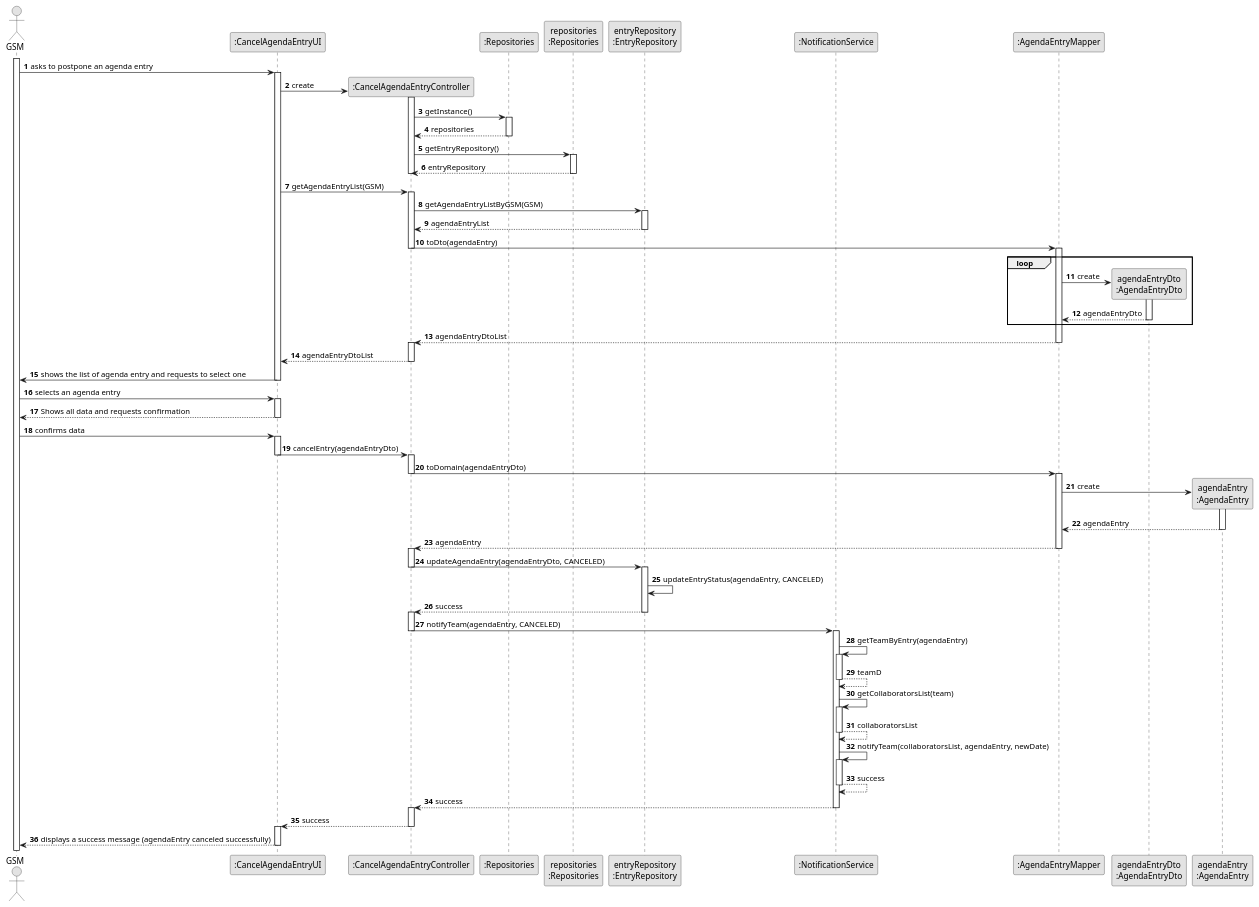
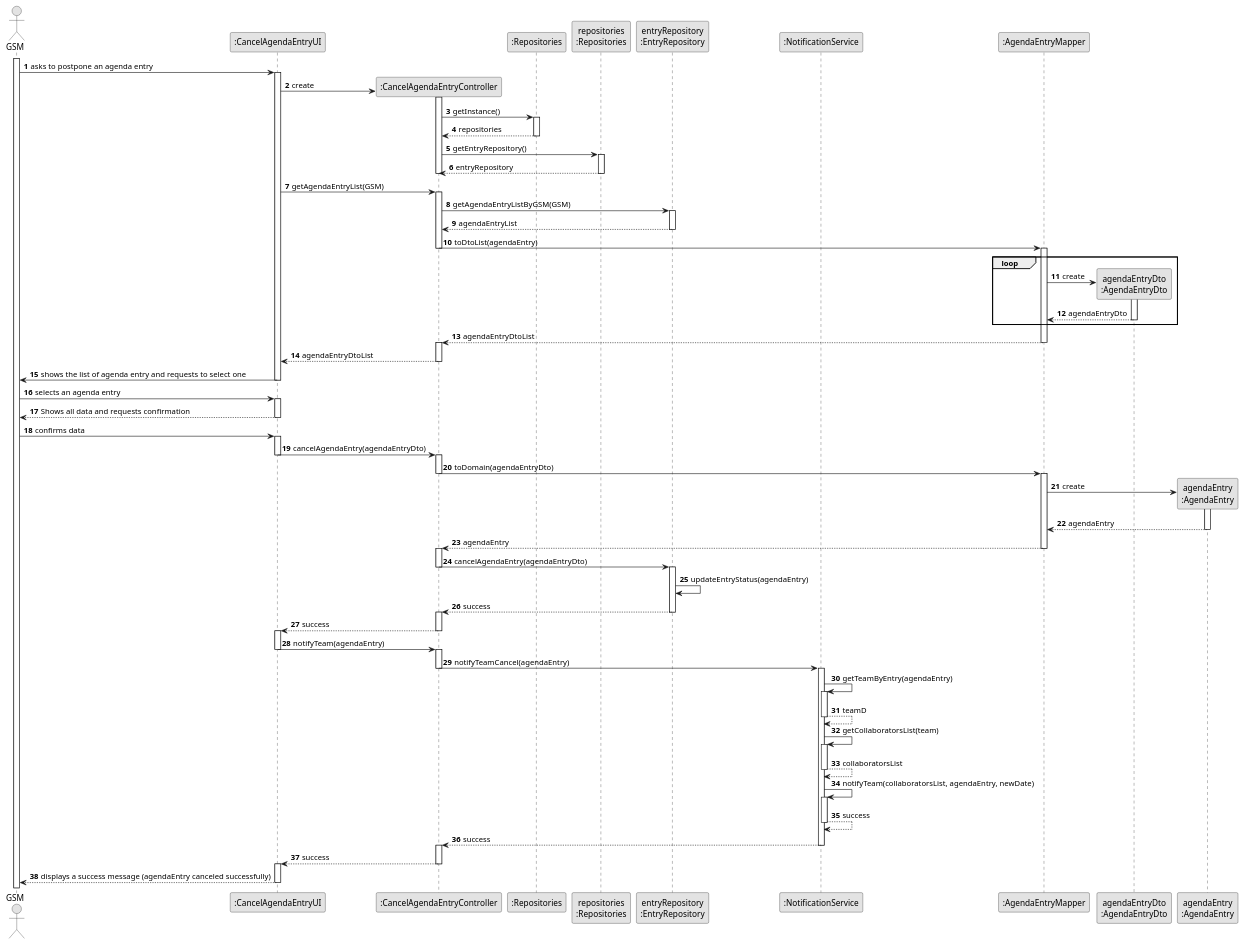
One commit to ricardomm7/leaflink changed the diagram in docs/sprintC/us025/03.design/puml/us025-sequence-diagram-full.puml. Above: the diagram before and after it, drawn with PlantUML. The commit also changed 4 other files, not shown here.

```diff
--- a/docs/sprintC/us025/03.design/puml/us025-sequence-diagram-full.puml
+++ b/docs/sprintC/us025/03.design/puml/us025-sequence-diagram-full.puml
@@ -1,146 +1,157 @@
 @startuml
 skinparam monochrome true
 skinparam packageStyle rectangle
 skinparam shadowing false
 
 autonumber
 
 actor "GSM" as GSM
 participant ":CancelAgendaEntryUI" as UI
 participant ":CancelAgendaEntryController" as CTRL
 participant ":Repositories" as RepositorySingleton
 participant "repositories\n:Repositories" as PLAT
 participant "entryRepository\n:EntryRepository" as EntryRepo
 participant ":NotificationService" as NotificationService
 participant ":AgendaEntryMapper" as AgendaEntryMapper
 participant "agendaEntryDto\n:AgendaEntryDto" as AgendaEntryDto
 participant "agendaEntry\n:AgendaEntry" as AgendaEntry
 
 
 
 activate GSM
 
     GSM -> UI : asks to postpone an agenda entry
     activate UI
 
         UI -> CTRL **: create
         activate CTRL
 
             CTRL -> RepositorySingleton : getInstance()
             activate RepositorySingleton
 
                 RepositorySingleton --> CTRL : repositories
             deactivate RepositorySingleton
 
             CTRL -> PLAT : getEntryRepository()
             activate PLAT
 
                 PLAT --> CTRL : entryRepository
             deactivate PLAT
 
              deactivate CTRL
 
 
         UI -> CTRL: getAgendaEntryList(GSM)
         activate CTRL
 
             CTRL -> EntryRepo: getAgendaEntryListByGSM(GSM)
             activate EntryRepo
 
             EntryRepo --> CTRL: agendaEntryList
             deactivate EntryRepo
 
-            CTRL -> AgendaEntryMapper : toDto(agendaEntry)
+            CTRL -> AgendaEntryMapper : toDtoList(agendaEntry)
             deactivate CTRL
             activate AgendaEntryMapper
 
             loop
                 AgendaEntryMapper -> AgendaEntryDto** : create
                 activate AgendaEntryDto
 
                 AgendaEntryDto --> AgendaEntryMapper : agendaEntryDto
                 deactivate AgendaEntryDto
             end
 
             AgendaEntryMapper --> CTRL : agendaEntryDtoList
             deactivate AgendaEntryMapper
             activate CTRL
 
             CTRL --> UI : agendaEntryDtoList
         deactivate CTRL
 
         UI -> GSM : shows the list of agenda entry and requests to select one
     deactivate UI
 
     GSM -> UI : selects an agenda entry
     activate UI
 
     UI --> GSM : Shows all data and requests confirmation
     deactivate UI
 
     GSM -> UI: confirms data
     activate UI
 
-        UI -> CTRL : cancelEntry(agendaEntryDto)
+        UI -> CTRL : cancelAgendaEntry(agendaEntryDto)
         deactivate UI
         activate CTRL
 
             CTRL -> AgendaEntryMapper: toDomain(agendaEntryDto)
             deactivate CTRL
             activate AgendaEntryMapper
 
                 AgendaEntryMapper -> AgendaEntry** : create
                 activate AgendaEntry
 
                 AgendaEntry --> AgendaEntryMapper : agendaEntry
                 deactivate AgendaEntry
 
             AgendaEntryMapper --> CTRL: agendaEntry
             deactivate AgendaEntryMapper
             activate CTRL
 
 
-            CTRL -> EntryRepo : updateAgendaEntry(agendaEntryDto, CANCELED)
+
+            CTRL -> EntryRepo : cancelAgendaEntry(agendaEntryDto)
             deactivate CTRL
             activate EntryRepo
 
-                EntryRepo -> EntryRepo : updateEntryStatus(agendaEntry, CANCELED)
+
+            EntryRepo -> EntryRepo : updateEntryStatus(agendaEntry)
+
 
             EntryRepo --> CTRL : success
             deactivate EntryRepo
             activate CTRL
 
-            CTRL -> NotificationService : notifyTeam(agendaEntry, CANCELED)
+            CTRL --> UI : success
+            deactivate CTRL
+            activate UI
+
+            UI -> CTRL : notifyTeam(agendaEntry)
+            deactivate UI
+            activate CTRL
+
+            CTRL -> NotificationService : notifyTeamCancel(agendaEntry)
             deactivate CTRL
             activate NotificationService
 
                 NotificationService -> NotificationService : getTeamByEntry(agendaEntry)
                 activate NotificationService
 
                 NotificationService --> NotificationService : teamD
                 deactivate NotificationService
 
                 NotificationService -> NotificationService : getCollaboratorsList(team)
                 activate NotificationService
 
                 NotificationService --> NotificationService : collaboratorsList
                 deactivate NotificationService
 
                 NotificationService -> NotificationService : notifyTeam(collaboratorsList, agendaEntry, newDate)
                 activate NotificationService
 
                 NotificationService --> NotificationService : success
                 deactivate NotificationService
 
                 NotificationService --> CTRL : success
                 deactivate NotificationService
         activate CTRL
 
         CTRL --> UI : success
     deactivate CTRL
     activate UI
 
     UI --> GSM : displays a success message (agendaEntry canceled successfully)
 deactivate UI
 
 @enduml
```
